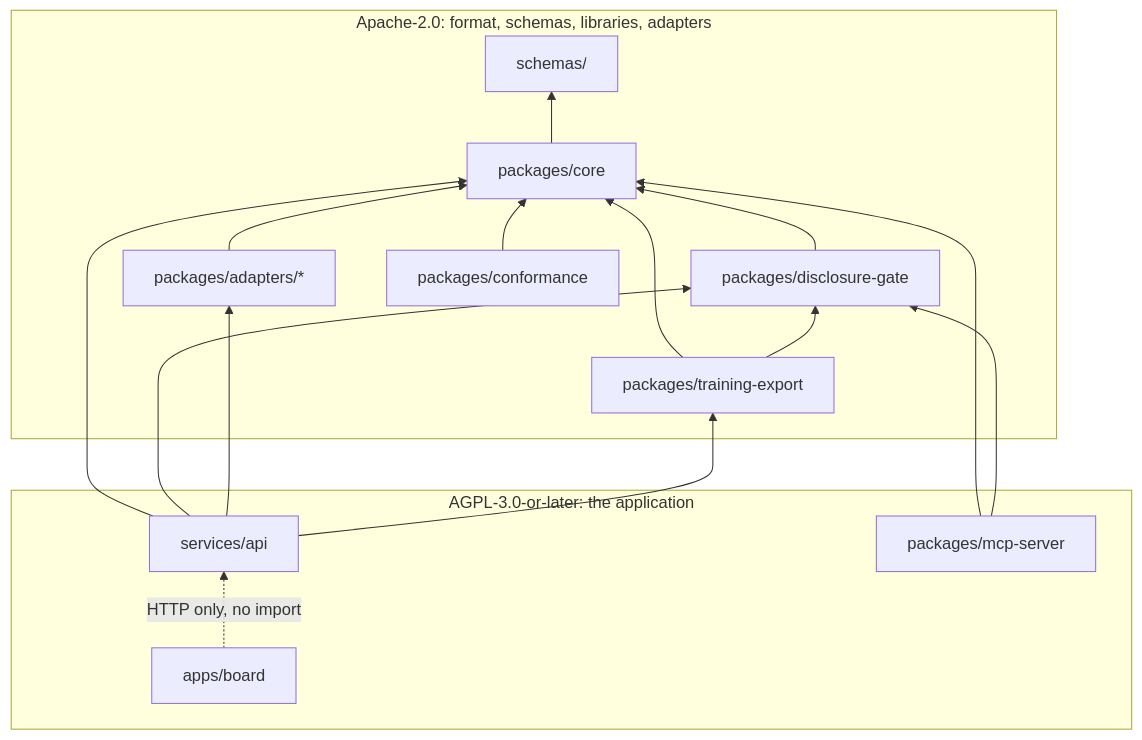
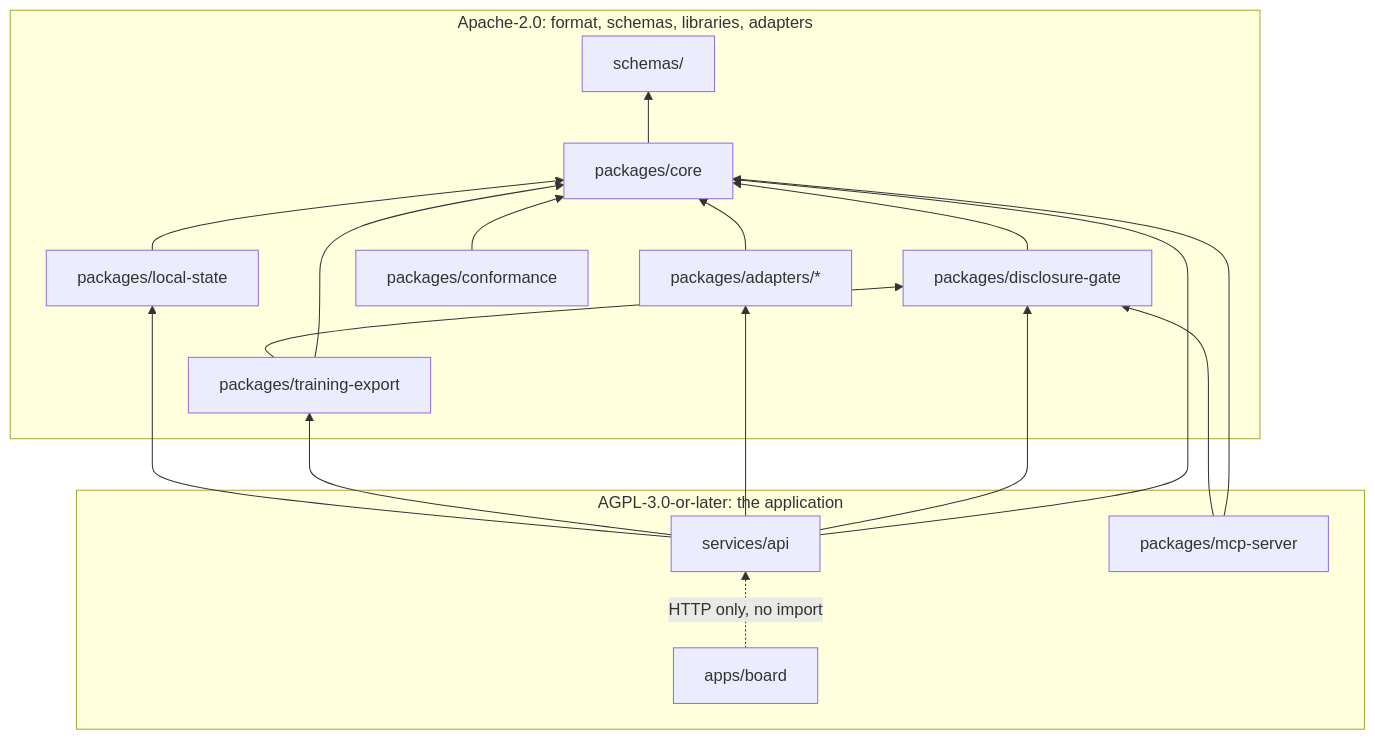
One commit to KarsaOrlong23/Worldbuilder changed the second of 2 diagrams in docs/architecture/05-building-blocks.md. Above: the diagram before and after it, drawn with Mermaid. The commit also changed other lines of this file and 9 other files, not shown here.

First line of the commit message:
docs(architecture): cite ADR-0029 to ADR-0033 instead of working assumptions

````diff
--- a/docs/architecture/05-building-blocks.md
+++ b/docs/architecture/05-building-blocks.md
@@ -108,29 +115,32 @@
 ```mermaid
 flowchart BT
   subgraph agpl [AGPL-3.0-or-later: the application]
     board[apps/board]
     api[services/api]
     mcp[packages/mcp-server]
   end
   subgraph apache [Apache-2.0: format, schemas, libraries, adapters]
     schemas[schemas/]
     core[packages/core]
     gate[packages/disclosure-gate]
     adapters[packages/adapters/*]
     export[packages/training-export]
     conf[packages/conformance]
+    local[packages/local-state]
   end
   core --> schemas
   gate --> core
   adapters --> core
   export --> core
   export --> gate
   conf --> core
+  local --> core
   api --> core
   api --> gate
   api --> adapters
   api --> export
+  api --> local
   mcp --> core
   mcp --> gate
   board -. "HTTP only, no import" .-> api
 ```
````
